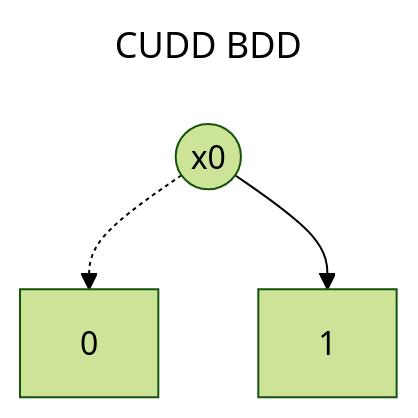
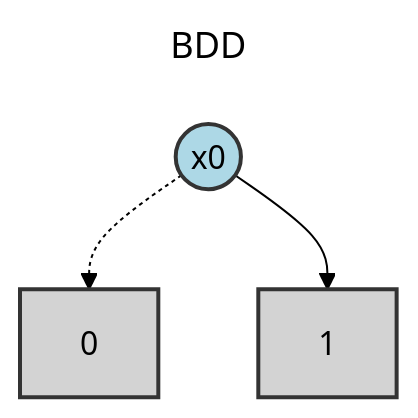
One commit to Alan-Jowett/bdd_test changed the second of 2 diagrams in test_expressions/cudd_reference_outputs/same_variable_analysis.md. Above: the diagram before and after it, drawn with Mermaid (forest theme). The commit also changed 13 other files, not shown here.

````diff
--- a/test_expressions/cudd_reference_outputs/same_variable_analysis.md
+++ b/test_expressions/cudd_reference_outputs/same_variable_analysis.md
@@ -40,16 +40,19 @@
 ```mermaid
 ---
-title: CUDD BDD
+title: BDD
 ---
 flowchart TD
-    N0(("x0"))
-    N1["0"]
-    N2["1"]
+    N0["0"]
+    N1["1"]
+    N2(("x0"))
 
-    N0 -.-> N1
-    N0 --> N2
+    N2 -.-> N0
+    N2 --> N1
 
-    class N0 default
-    class N1 default
-    class N2 default
+    class N0 terminal
+    class N1 terminal
+    class N2 bddVariable
+
+    classDef bddVariable fill:lightblue,stroke:#333,stroke-width:2px,color:#000
+    classDef terminal fill:lightgray,stroke:#333,stroke-width:2px,color:#000
 ```
````
